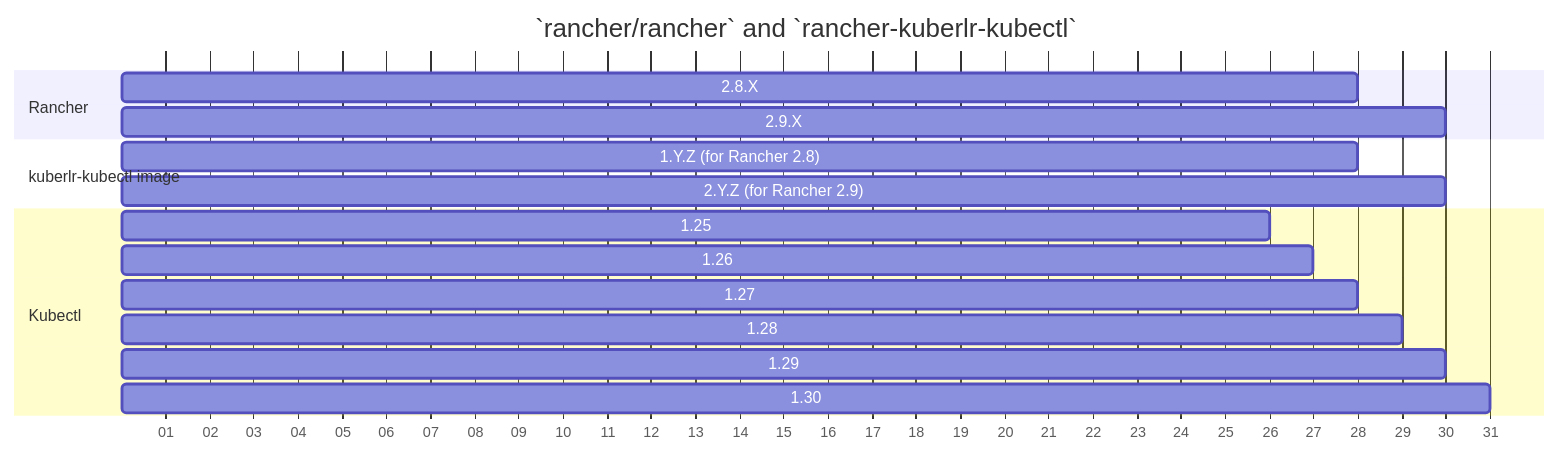
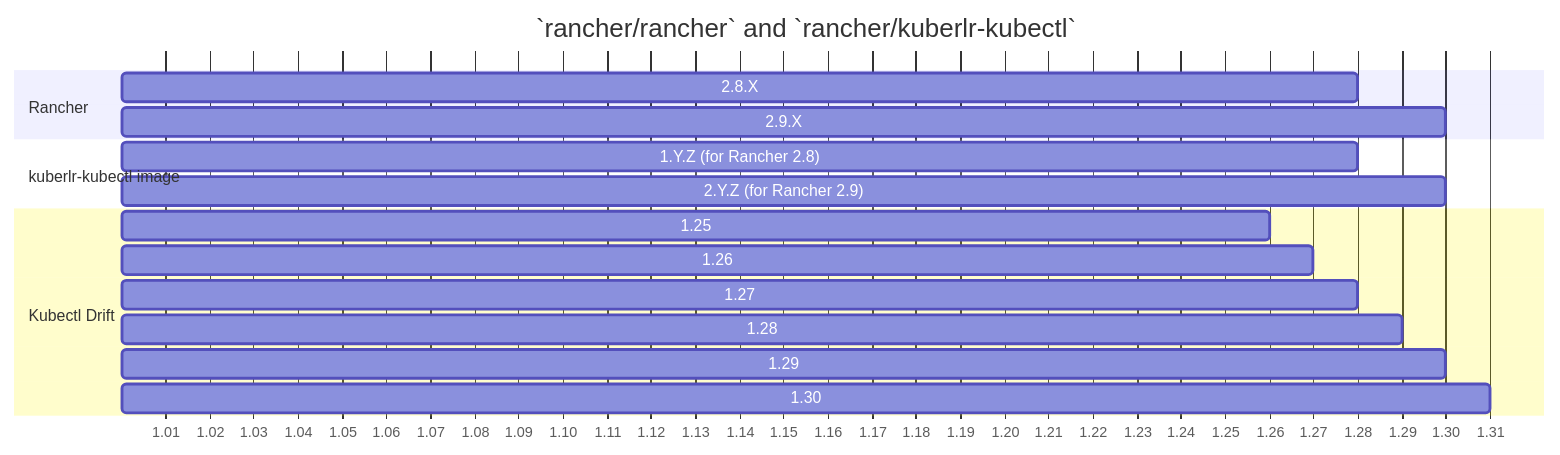
Before and after one commit to mallardduck/old-rancher-kuberlr-kubectl: the diagram in README.md, drawn with Mermaid. The commit also changed other lines of this file, not shown here.

````diff
--- a/README.md
+++ b/README.md
@@ -41,22 +41,22 @@
 ```mermaid
 
 gantt
-  title `rancher/rancher` and `rancher-kuberlr-kubectl`
+  title `rancher/rancher` and `rancher/kuberlr-kubectl`
   todayMarker off
   dateFormat X
-  axisFormat %S
+  axisFormat 1.%S
   tickInterval 1second
   section Rancher
     2.8.X           :25,28
     2.9.X           :27,30
   section kuberlr-kubectl image
     1.Y.Z (for Rancher 2.8)   :25,28
     2.Y.Z (for Rancher 2.9)   :27,30
-  section Kubectl
+  section Kubectl Drift
     1.25              :24,26
     1.26              :25,27
     1.27              :26,28
     1.28              :27,29
     1.29              :28,30
     1.30              :29,31
 ```
````
